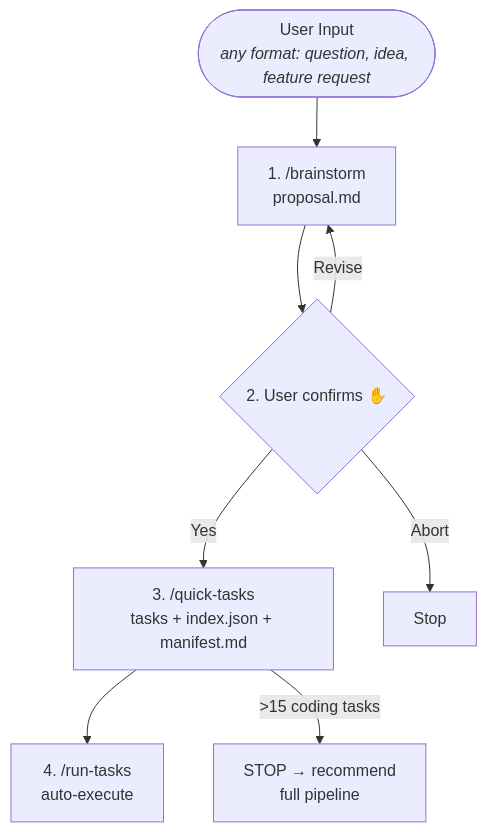
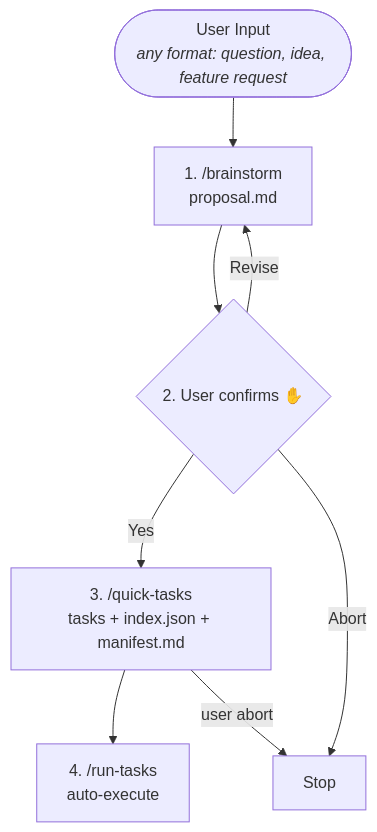
One commit to bigfaner/forge changed the diagram in plugins/forge/commands/quick.md. Above: the diagram before and after it, drawn with Mermaid. The commit also changed other lines of this file and 4 other files, not shown here.

````diff
--- a/plugins/forge/commands/quick.md
+++ b/plugins/forge/commands/quick.md
@@ -13,10 +13,10 @@
 ```mermaid
 flowchart TD
     INPUT(["User Input<br><i>any format: question, idea, feature request</i>"]) --> A
     A["1. /brainstorm<br>proposal.md"] --> B{"2. User confirms ✋"}
     B -->|"Yes"| C["3. /quick-tasks<br>tasks + index.json + manifest.md"]
     B -->|"Revise"| A
     B -->|"Abort"| STOP["Stop"]
     C --> D["4. /run-tasks<br>auto-execute"]
-    C -->|">15 coding tasks"| FULL["STOP → recommend<br>full pipeline"]
+    C -->|"user abort"| STOP["Stop"]
 ```
````
